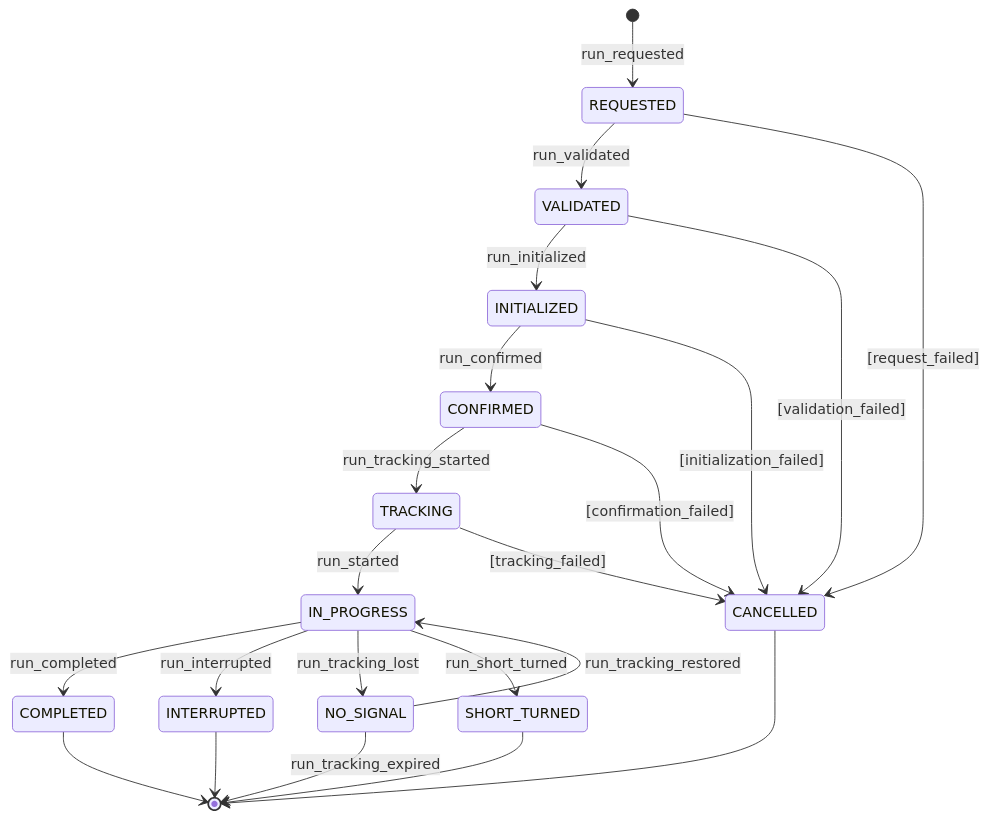
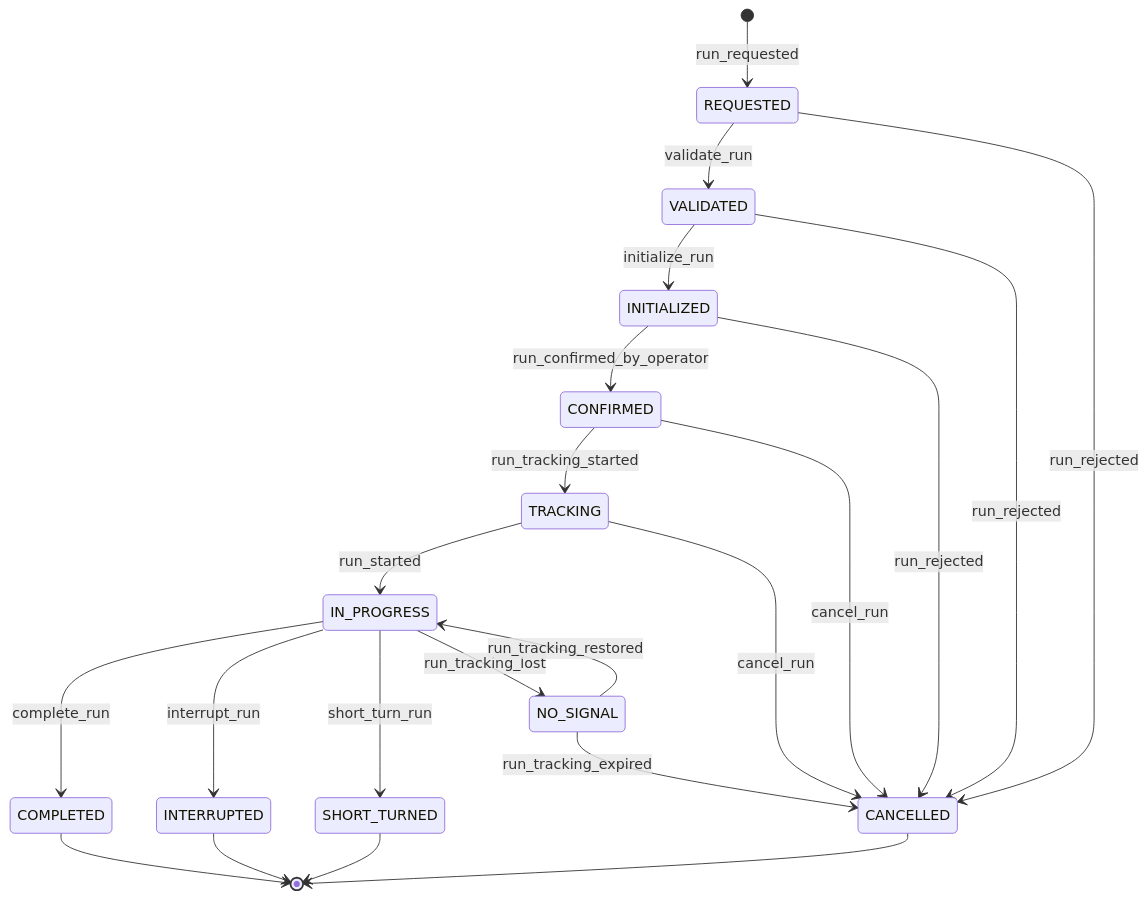
One commit to simovilab/databus changed the diagram in docs/content/processes/run-lifecycle.md. Above: the diagram before and after it, drawn with Mermaid. The commit also changed 6 other files, not shown here.

````diff
--- a/docs/content/processes/run-lifecycle.md
+++ b/docs/content/processes/run-lifecycle.md
@@ -9,24 +9,24 @@
 ```mermaid
 stateDiagram-v2
     [*] --> REQUESTED : run_requested
-    REQUESTED --> VALIDATED : run_validated
-    REQUESTED --> CANCELLED : [request_failed]
-    VALIDATED --> INITIALIZED : run_initialized
-    VALIDATED --> CANCELLED : [validation_failed]
-    INITIALIZED --> CONFIRMED : run_confirmed
-    INITIALIZED --> CANCELLED : [initialization_failed]
+    REQUESTED --> VALIDATED : validate_run
+    REQUESTED --> CANCELLED : run_rejected
+    VALIDATED --> INITIALIZED : initialize_run
+    VALIDATED --> CANCELLED : run_rejected
+    INITIALIZED --> CONFIRMED : run_confirmed_by_operator
+    INITIALIZED --> CANCELLED : run_rejected
     CONFIRMED --> TRACKING : run_tracking_started
-    CONFIRMED --> CANCELLED : [confirmation_failed]
+    CONFIRMED --> CANCELLED : cancel_run
     TRACKING --> IN_PROGRESS : run_started
-    TRACKING --> CANCELLED : [tracking_failed]
-    IN_PROGRESS --> COMPLETED : run_completed
-    IN_PROGRESS --> INTERRUPTED : run_interrupted
+    TRACKING --> CANCELLED : cancel_run
+    IN_PROGRESS --> COMPLETED : complete_run
+    IN_PROGRESS --> INTERRUPTED : interrupt_run
+    IN_PROGRESS --> SHORT_TURNED : short_turn_run
     IN_PROGRESS --> NO_SIGNAL : run_tracking_lost
-    IN_PROGRESS --> SHORT_TURNED : run_short_turned
     NO_SIGNAL --> IN_PROGRESS : run_tracking_restored
-    NO_SIGNAL --> [*] : run_tracking_expired
+    NO_SIGNAL --> CANCELLED : run_tracking_expired
     COMPLETED --> [*]
     INTERRUPTED --> [*]
     CANCELLED --> [*]
     SHORT_TURNED --> [*]
 ```
````
